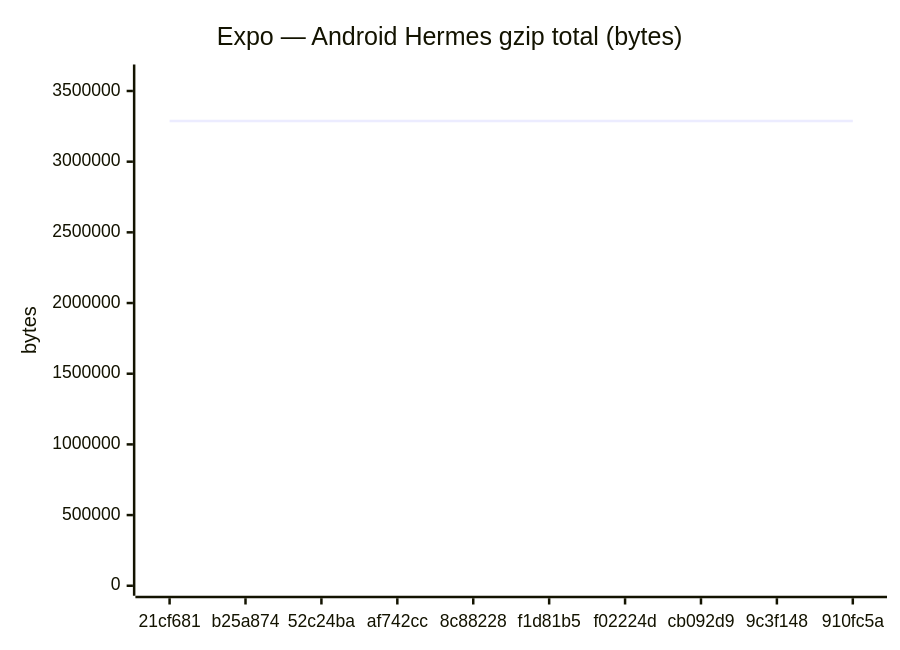
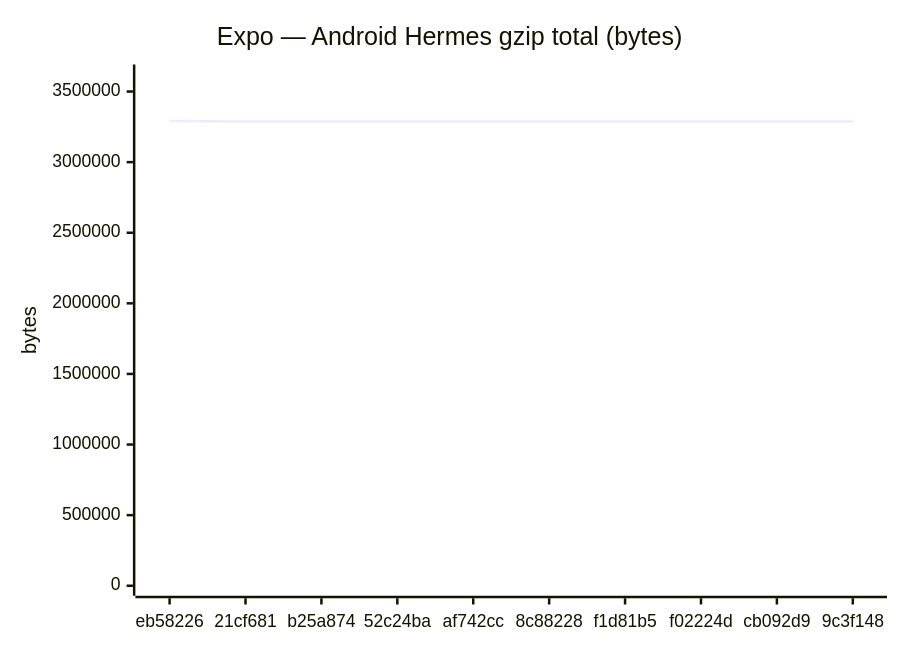
One commit to Metaheurist/Rianell changed the fifth of 18 diagrams in benchmarks/compare.md. Above: the diagram before and after it, drawn with Mermaid. The commit also changed other lines of this file and 11 other files, not shown here.

````diff
--- a/benchmarks/compare.md
+++ b/benchmarks/compare.md
@@ -89,7 +89,7 @@
 ```mermaid
 xychart-beta
     title "Expo — Android Hermes gzip total (bytes)"
-    x-axis ["21cf681", "b25a874", "52c24ba", "af742cc", "8c88228", "f1d81b5", "f02224d", "cb092d9", "9c3f148", "910fc5a"]
-    y-axis "bytes" 0 --> 3616656
-    line [3287427, 3287424, 3287423, 3287424, 3287869, 3287424, 3287426, 3287424, 3287424, 3287869]
+    x-axis ["eb58226", "21cf681", "b25a874", "52c24ba", "af742cc", "8c88228", "f1d81b5", "f02224d", "cb092d9", "9c3f148"]
+    y-axis "bytes" 0 --> 3620611
+    line [3291464, 3287427, 3287424, 3287423, 3287424, 3287869, 3287424, 3287426, 3287424, 3287424]
 ```
````
